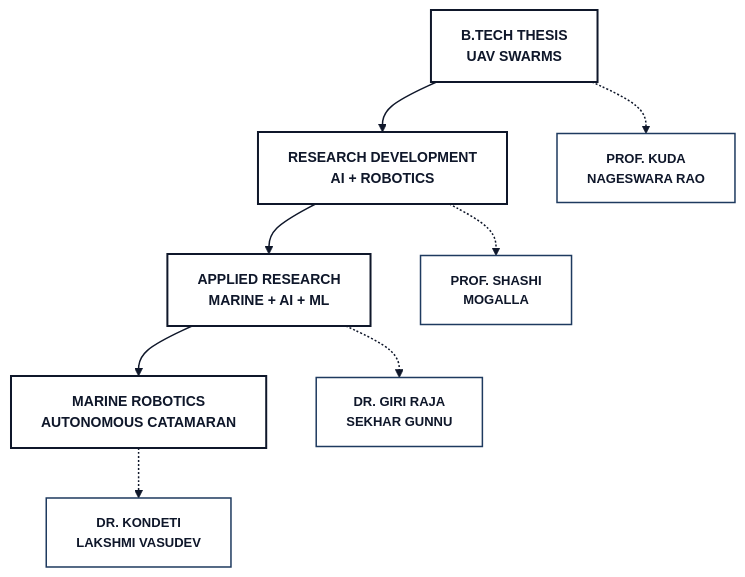
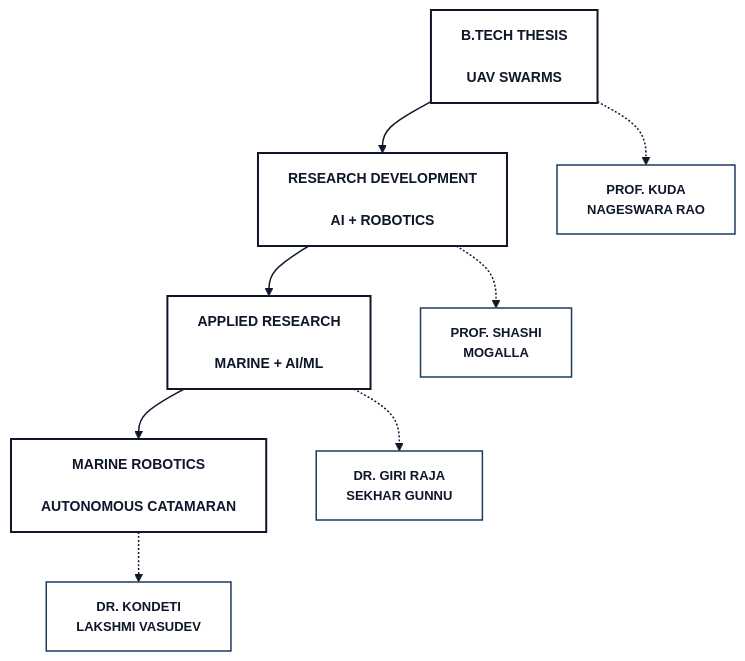
Diagram 25 of 25 in README.md (ShazinHijazy/ShazinHijazy), drawn with Mermaid before and after one commit. The commit also changed other lines of this file, not shown here.

````diff
--- a/README.md
+++ b/README.md
@@ -4410,30 +4391,34 @@
 ```mermaid
 flowchart TB
 
-    A["B.TECH THESIS<br/>UAV SWARMS"]
-    B["RESEARCH DEVELOPMENT<br/>AI + ROBOTICS"]
-    C["APPLIED RESEARCH<br/>MARINE + AI + ML"]
-    D["MARINE ROBOTICS<br/>AUTONOMOUS CATAMARAN"]
+    A["B.TECH THESIS <br/>
+    UAV SWARMS"]
+    B["RESEARCH DEVELOPMENT <br/>
+    AI + ROBOTICS"]
+    C["APPLIED RESEARCH <br/>
+    MARINE + AI/ML"]
+    D["MARINE ROBOTICS <br/>
+    AUTONOMOUS CATAMARAN"]
 
-    A1["PROF. KUDA<br/>NAGESWARA RAO"]
-    B1["PROF. SHASHI<br/>MOGALLA"]
-    C1["DR. GIRI RAJA<br/>SEKHAR GUNNU"]
-    D1["DR. KONDETI<br/>LAKSHMI VASUDEV"]
+    A1["PROF. KUDA <br/> NAGESWARA RAO"]
+    B1["PROF. SHASHI <br/> MOGALLA"]
+    C1["DR. GIRI RAJA <br/> SEKHAR GUNNU"]
+    D1["DR. KONDETI <br/> LAKSHMI VASUDEV"]
 
     A --> B
     B --> C
     C --> D
 
     A -.-> A1
     B -.-> B1
     C -.-> C1
     D -.-> D1
 
     classDef stage fill:#FFFFFF,stroke:#0F172A,color:#0F172A,stroke-width:2px,font-size:14px,font-weight:700;
     classDef mentor fill:#FFFFFF,stroke:#1E3A5F,color:#0F172A,stroke-width:1.5px,font-size:13px,font-weight:600;
 
     class A,B,C,D stage;
     class A1,B1,C1,D1 mentor;
 
     linkStyle default stroke:#0F172A,stroke-width:1.5px;
-```
+```    
````
